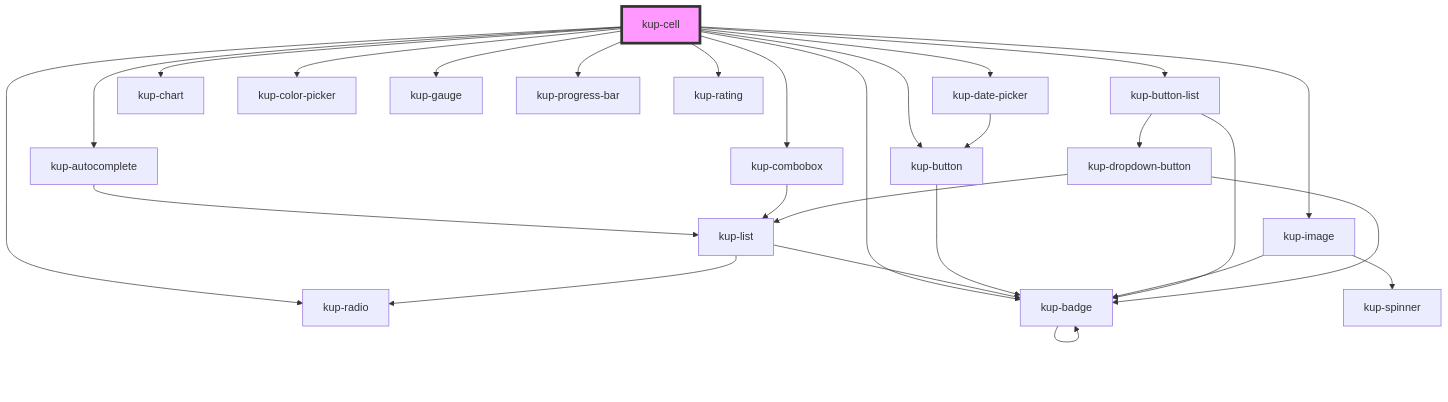
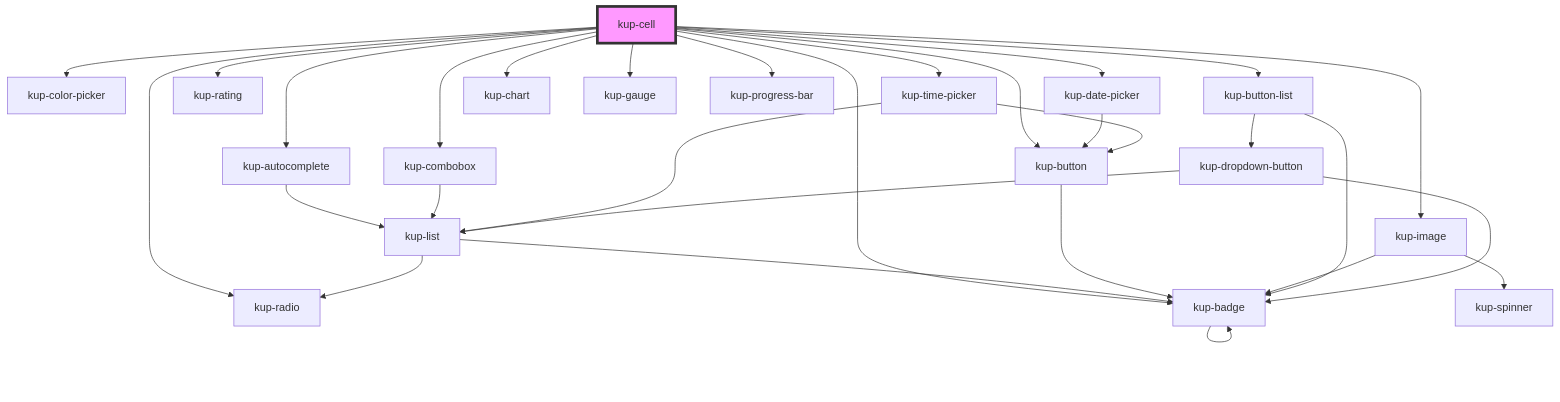
One commit to smeup/ketchup changed the diagram in packages/ketchup/src/components/kup-cell/readme.md. Above: the diagram before and after it, drawn with Mermaid. The commit also changed other lines of this file and 5 other files, not shown here.

````diff
--- a/packages/ketchup/src/components/kup-cell/readme.md
+++ b/packages/ketchup/src/components/kup-cell/readme.md
@@ -76,30 +77,33 @@
 ```mermaid
 graph TD;
   kup-cell --> kup-autocomplete
+  kup-cell --> kup-color-picker
   kup-cell --> kup-combobox
   kup-cell --> kup-date-picker
+  kup-cell --> kup-rating
+  kup-cell --> kup-time-picker
   kup-cell --> kup-image
   kup-cell --> kup-button
   kup-cell --> kup-button-list
   kup-cell --> kup-chart
-  kup-cell --> kup-color-picker
   kup-cell --> kup-gauge
   kup-cell --> kup-progress-bar
   kup-cell --> kup-radio
-  kup-cell --> kup-rating
   kup-cell --> kup-badge
   kup-autocomplete --> kup-list
   kup-list --> kup-radio
   kup-list --> kup-badge
   kup-badge --> kup-badge
   kup-combobox --> kup-list
   kup-date-picker --> kup-button
   kup-button --> kup-badge
+  kup-time-picker --> kup-button
+  kup-time-picker --> kup-list
   kup-image --> kup-spinner
   kup-image --> kup-badge
   kup-button-list --> kup-dropdown-button
   kup-button-list --> kup-badge
   kup-dropdown-button --> kup-list
   kup-dropdown-button --> kup-badge
   style kup-cell fill:#f9f,stroke:#333,stroke-width:4px
 ```
````
